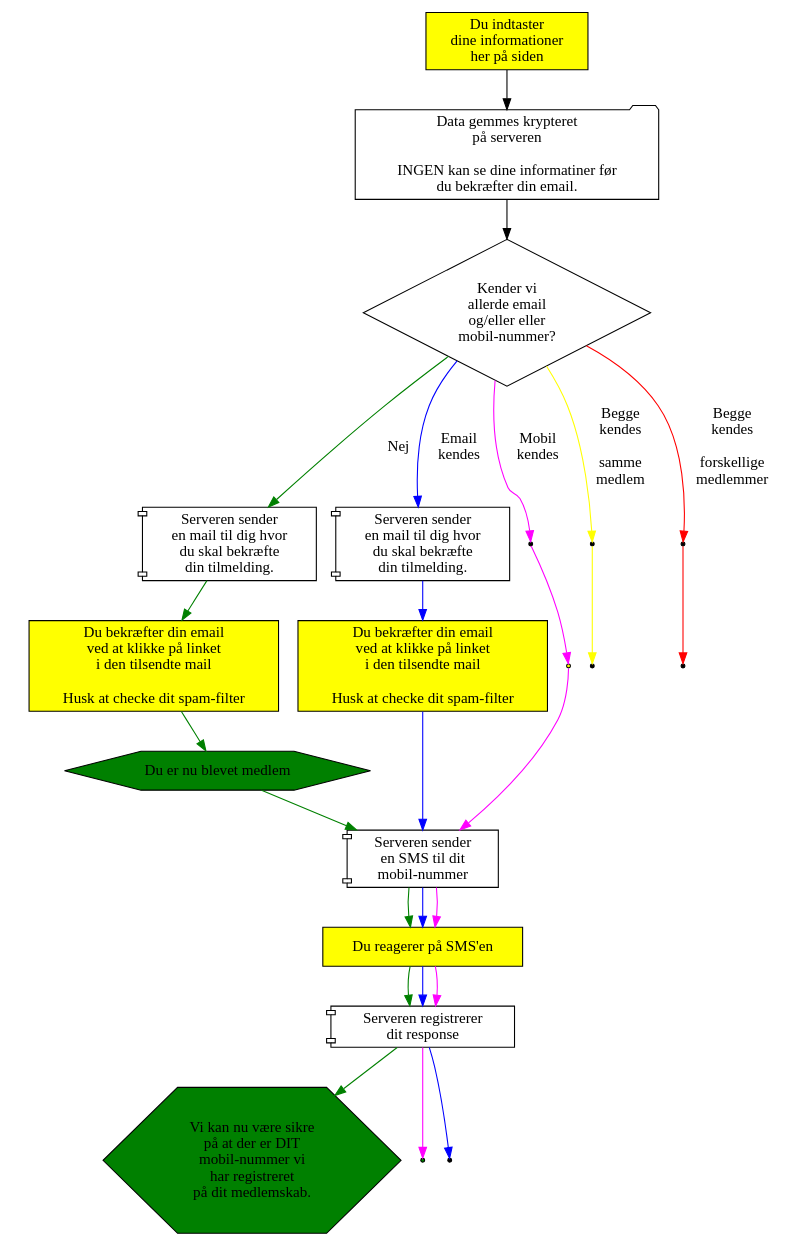
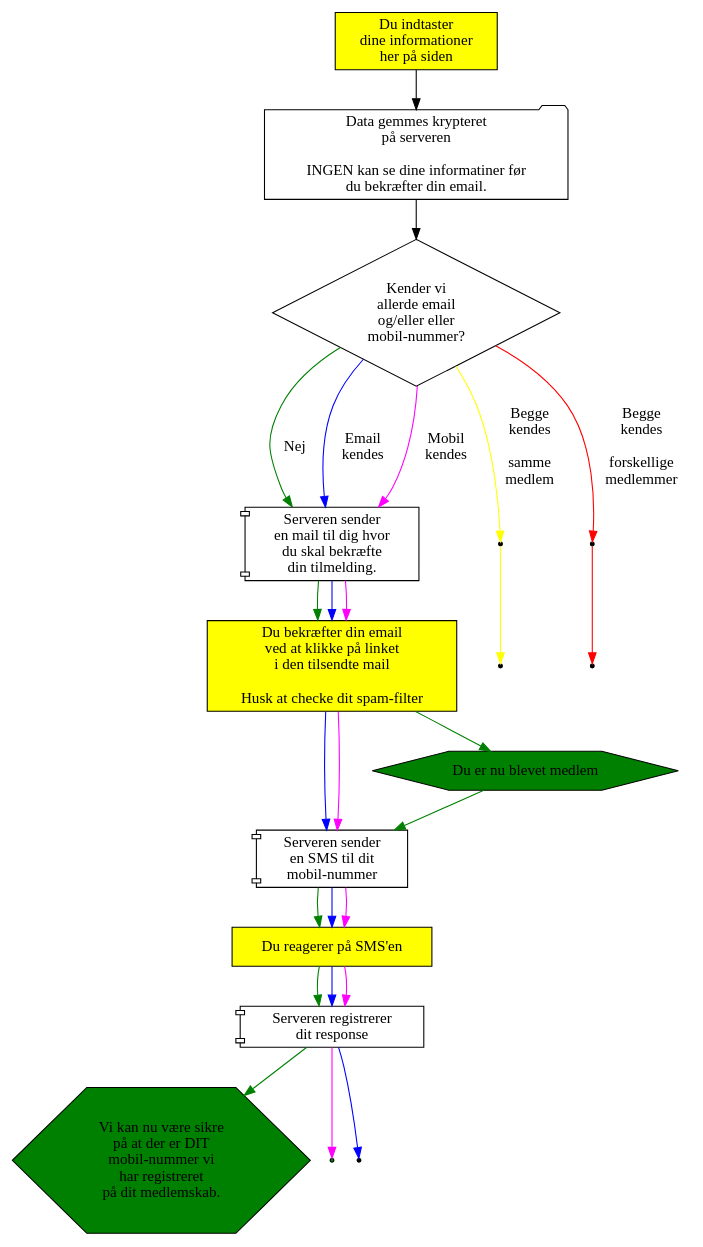
The diagram in medlemskab/indmeldelse.dot (alslug/alslug.dk), drawn with Graphviz before and after one commit.

```diff
--- a/medlemskab/indmeldelse.dot
+++ b/medlemskab/indmeldelse.dot
@@ -1,66 +1,54 @@
 digraph indmeldelse {
   { # Dine handlinger
     node [ shape=box style=filled fillcolor=yellow ];
-    indtast                [label="Du indtaster\ndine informationer\nher på siden"];
-    subgraph cluster_server_sender_email {
-      style=invis;
-      node                 [label="Du bekræfter din email\nved at klikke på linket\ni den tilsendte mail\n\nHusk at checke dit spam-filter"];
-      confirm_email_nyt_medlem;
-      confirm_email_email_known;
-      confirm_email_mobil_known [shape=point];
-    }
-    confirm_sms [label="Du reagerer på SMS'en"];
+    indtast         [label="Du indtaster\ndine informationer\nher på siden"];
+    confirm_email   [label="Du bekræfter din email\nved at klikke på linket\ni den tilsendte mail\n\nHusk at checke dit spam-filter"];
+    confirm_sms     [label="Du reagerer på SMS'en"];
   }
   send_tilmelding        [shape=folder label="Data gemmes krypteret \n på serveren \n \n INGEN kan se dine informatiner før \n du bekræfter din email."];
   { # Server-aktiviteter
     node [shape=component];
-    subgraph cluster_server_sender_email {
-      style=invis;
-      node                 [label="Serveren sender \n en mail til dig hvor \n du skal bekræfte \n din tilmelding."];
-      server_sender_emai_nyt_medlem;
-      server_sender_email_email_known;
-      server_sender_email_mobil_known [shape=point];
-    }
-    server_sender_sms [label="Serveren sender \n en SMS til dit \n mobil-nummer"];
-    sms_confirmed     [label="Serveren registrerer \n dit response"];
+    server_sender_email [label="Serveren sender \n en mail til dig hvor \n du skal bekræfte \n din tilmelding."];
+    server_sender_sms   [label="Serveren sender \n en SMS til dit \n mobil-nummer"];
+    sms_confirmed       [label="Serveren registrerer \n dit response"];
   }
   { # Results
     node [shape=hexagon   style=filled fillcolor=green ];
     du_biver_medlem        [label="Du er nu blevet medlem"];
     mobile_ok              [label="Vi kan nu være sikre \n på at der er DIT \n mobil-nummer vi \n har registreret \n på dit medlemskab."]; 
     email_added            [label="Den nye \n ekstra email er \n registreret." shape=point];
   }
   { # Valg
     node [shape=diamond];
     findes_allerede        [label="Kender vi \n allerde email \n og/eller eller \n mobil-nummer?"];
   }
 
   node [shape=point];
 
   indtast -> send_tilmelding -> findes_allerede;
   {
     edge [color=green];
-                                findes_allerede -> server_sender_emai_nyt_medlem   [label="Nej"];
-                                                   server_sender_emai_nyt_medlem   -> confirm_email_nyt_medlem  -> du_biver_medlem -> server_sender_sms -> confirm_sms -> sms_confirmed  -> mobile_ok;
+                                findes_allerede -> server_sender_email [label="Nej"];
+                                                   server_sender_email -> confirm_email -> du_biver_medlem -> server_sender_sms -> confirm_sms -> sms_confirmed  -> mobile_ok;
   }
   {
     edge [color=blue];
-                                findes_allerede -> server_sender_email_email_known [label="Email \n kendes"];
-                                                   server_sender_email_email_known -> confirm_email_email_known ->                    server_sender_sms -> confirm_sms -> sms_confirmed -> mobil_ok;
+                                findes_allerede -> server_sender_email [label="Email \n kendes"];
+                                                   server_sender_email -> confirm_email ->                    server_sender_sms -> confirm_sms -> sms_confirmed -> mobil_ok;
   }
   {
     edge [color=magenta];
-                                findes_allerede -> server_sender_email_mobil_known [label="Mobil \n kendes"];
-                                                   server_sender_email_mobil_known -> confirm_email_mobil_known ->                    server_sender_sms -> confirm_sms -> sms_confirmed -> email_added;
+                                findes_allerede -> server_sender_email [label="Mobil \n kendes"];
+                                                   server_sender_email -> confirm_email ->                    server_sender_sms -> confirm_sms -> sms_confirmed -> email_added;
   }
   {
     edge [color=yellow];
-                                findes_allerede-> samme_member                     [label="Begge \n kendes \n\n samme \n medlem"];
-                                                  samme_member                     -> already_member_email;
+                                findes_allerede-> samme_member         [label="Begge \n kendes \n\n samme \n medlem"];
+                                                  samme_member         -> already_member_email;
   }
   {
     edge [color=red];
-                                findes_allerede-> different_members                [label="Begge \n kendes \n\n forskellige \n medlemmer"];
-                                                  different_members                -> diffierent_members_email;
+                                findes_allerede-> different_members    [label="Begge \n kendes \n\n forskellige \n medlemmer"];
+                                                  different_members    -> diffierent_members_email;
   }
 }
```
